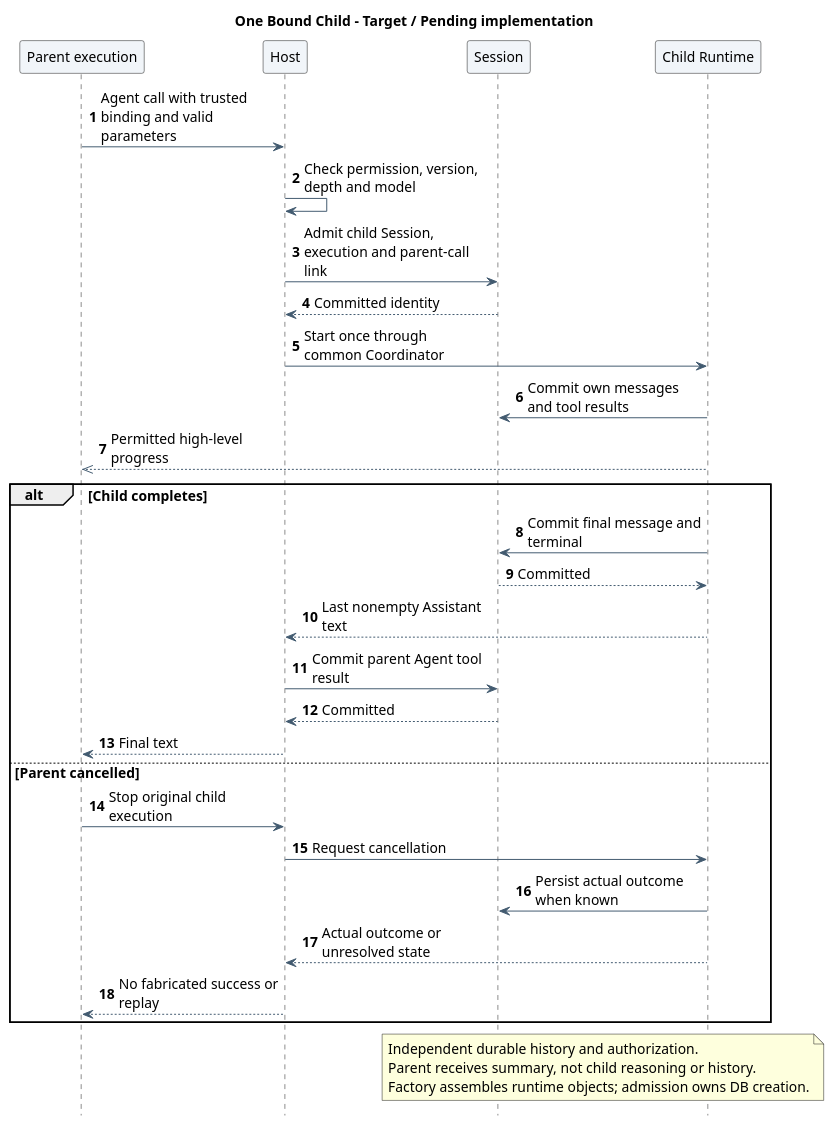
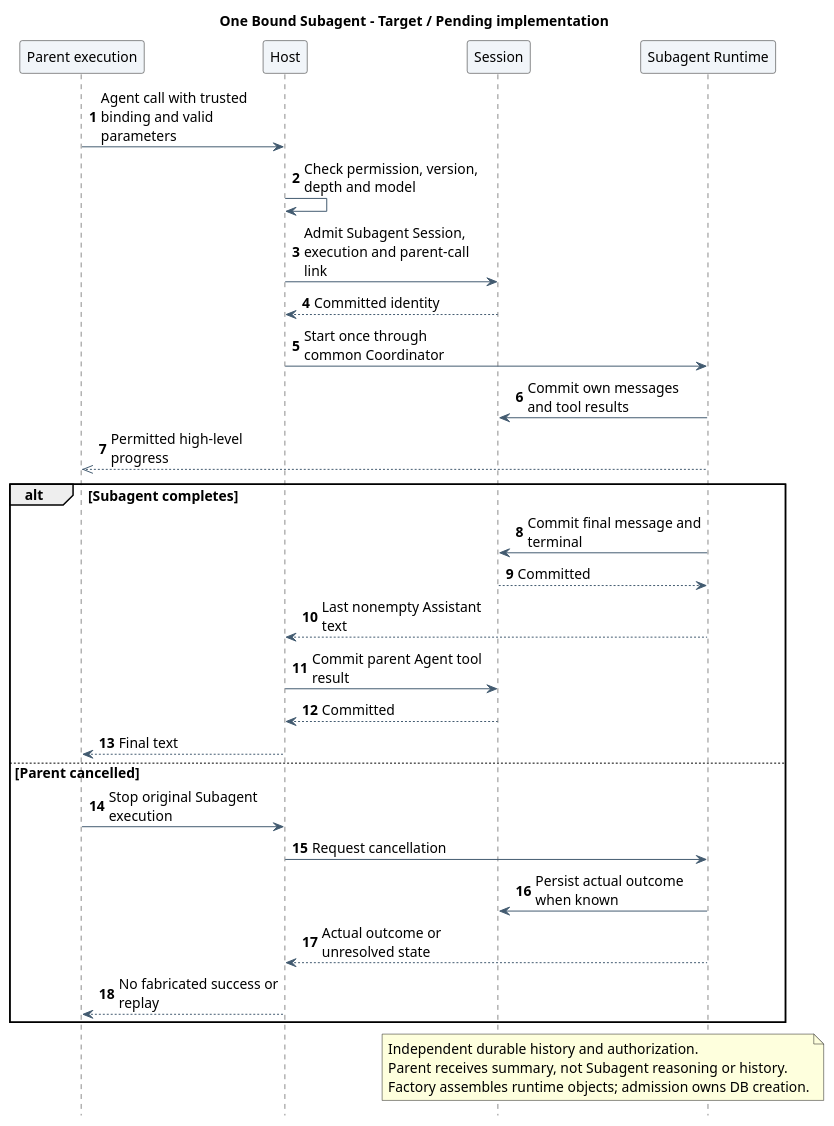
One commit to ssm0808/pi-mono-java-design changed the seventh of 13 diagrams in 01-总体架构/02-CampusClaw工具系统/diagram.puml. Above: the diagram before and after it, drawn with PlantUML. The commit also changed other lines of this file and 55 other files, not shown here.

```diff
--- a/01-总体架构/02-CampusClaw工具系统/diagram.puml
+++ b/01-总体架构/02-CampusClaw工具系统/diagram.puml
@@ -413,48 +413,48 @@
 @startuml subagent_execution_sequence
 ' Source evidence: Java main 769e86592285f4a25b0febaf551eddea6bc7212c
 ' modules/coding-agent-cli/src/main/java/com/campusclaw/codingagent/tool/agent/SubagentExecutionService.java:runChild
 ' modules/coding-agent-cli/src/main/java/com/campusclaw/codingagent/runtimeapi/event/RuntimeExecutionCoordinator.java:start
-' Observed behavior: Child directly creates an in-memory runtime and returns final text.
+' Observed behavior: Subagent directly creates an in-memory runtime and returns final text.
 ' Design reason: preserve independent durable child history and project only summary to parent.
 skinparam backgroundColor white
 skinparam defaultFontName SansSerif
 skinparam defaultFontSize 14
 skinparam shadowing false
 skinparam sequenceMessageAlign left
 skinparam maxMessageSize 180
 skinparam sequenceArrowColor #425B70
 skinparam sequenceParticipantBackgroundColor #F1F5F9
 hide footbox
 autonumber
-title One Bound Child - Target / Pending implementation
+title One Bound Subagent - Target / Pending implementation
 participant "Parent execution" as Parent
 participant "Host" as Host
 participant "Session" as Store
-participant "Child Runtime" as Child
+participant "Subagent Runtime" as Subagent
 Parent -> Host : Agent call with trusted binding and valid parameters
 Host -> Host : Check permission, version, depth and model
-Host -> Store : Admit child Session, execution and parent-call link
+Host -> Store : Admit Subagent Session, execution and parent-call link
 Store --> Host : Committed identity
-Host -> Child : Start once through common Coordinator
-Child -> Store : Commit own messages and tool results
-Child -->> Parent : Permitted high-level progress
-alt Child completes
-  Child -> Store : Commit final message and terminal
-  Store --> Child : Committed
-  Child --> Host : Last nonempty Assistant text
+Host -> Subagent : Start once through common Coordinator
+Subagent -> Store : Commit own messages and tool results
+Subagent -->> Parent : Permitted high-level progress
+alt Subagent completes
+  Subagent -> Store : Commit final message and terminal
+  Store --> Subagent : Committed
+  Subagent --> Host : Last nonempty Assistant text
   Host -> Store : Commit parent Agent tool result
   Store --> Host : Committed
   Host --> Parent : Final text
 else Parent cancelled
-  Parent -> Host : Stop original child execution
-  Host -> Child : Request cancellation
-  Child -> Store : Persist actual outcome when known
-  Child --> Host : Actual outcome or unresolved state
+  Parent -> Host : Stop original Subagent execution
+  Host -> Subagent : Request cancellation
+  Subagent -> Store : Persist actual outcome when known
+  Subagent --> Host : Actual outcome or unresolved state
   Host --> Parent : No fabricated success or replay
 end
-note over Store,Child
+note over Store,Subagent
   Independent durable history and authorization.
-  Parent receives summary, not child reasoning or history.
+  Parent receives summary, not Subagent reasoning or history.
   Factory assembles runtime objects; admission owns DB creation.
 end note
 @enduml
```
